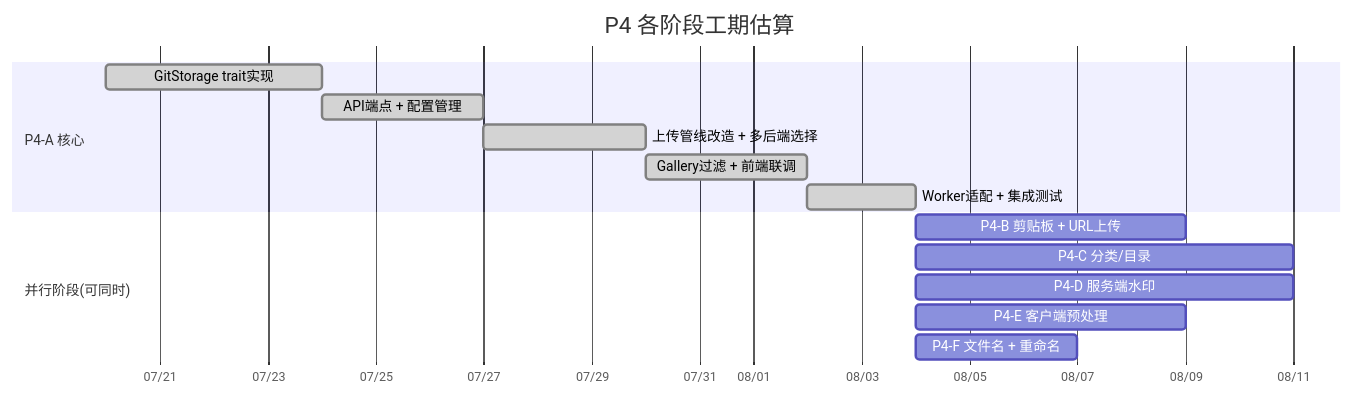
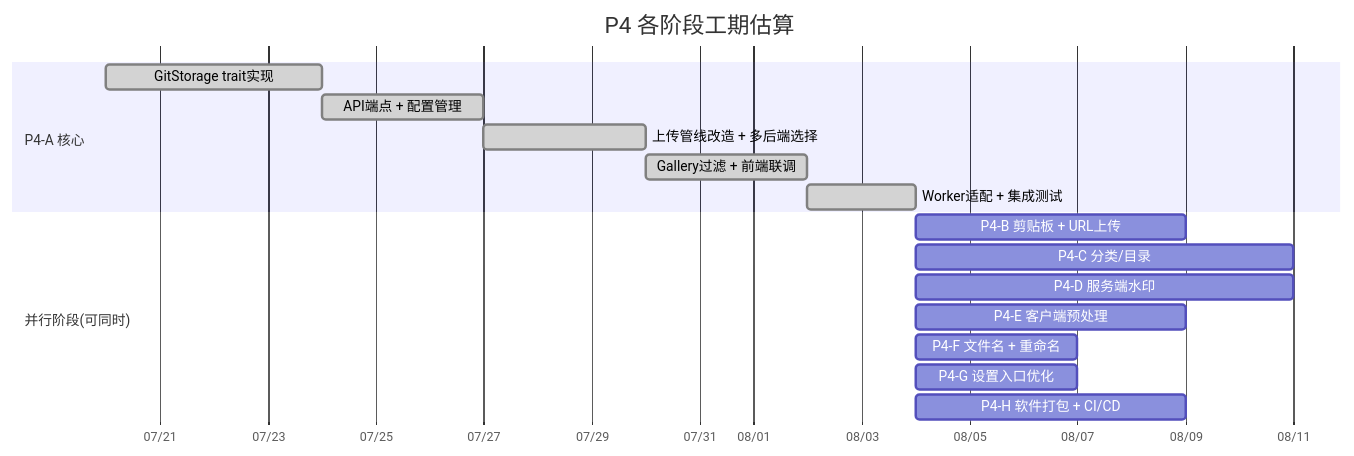
Diagram 12 of 12 in docs/superpowers/specs/2026-07-19-pichost-p4-design.md (JeillZhang/pichost), drawn with Mermaid before and after one commit. The commit also changed other lines of this file, not shown here.

````diff
--- a/docs/superpowers/specs/2026-07-19-pichost-p4-design.md
+++ b/docs/superpowers/specs/2026-07-19-pichost-p4-design.md
@@ -1138,20 +1549,22 @@
 ```mermaid
 gantt
     title P4 各阶段工期估算
     dateFormat  YYYY-MM-DD
     axisFormat  %m/%d
 
     section P4-A 核心
     GitStorage trait实现       :done, a1, 2026-07-20, 4d
     API端点 + 配置管理         :done, a2, after a1, 3d
     上传管线改造 + 多后端选择  :done, a3, after a2, 3d
     Gallery过滤 + 前端联调     :done, a4, after a3, 3d
     Worker适配 + 集成测试     :done, a5, after a4, 2d
 
     section 并行阶段(可同时)
     P4-B 剪贴板 + URL上传     :b1, after a5, 5d
     P4-C 分类/目录             :c1, after a5, 7d
     P4-D 服务端水印            :d1, after a5, 7d
     P4-E 客户端预处理          :e1, after a5, 5d
     P4-F 文件名 + 重命名       :f1, after a5, 3d
+    P4-G 设置入口优化          :g1, after a5, 3d
+    P4-H 软件打包 + CI/CD      :h1, after a5, 5d
 ```
````
